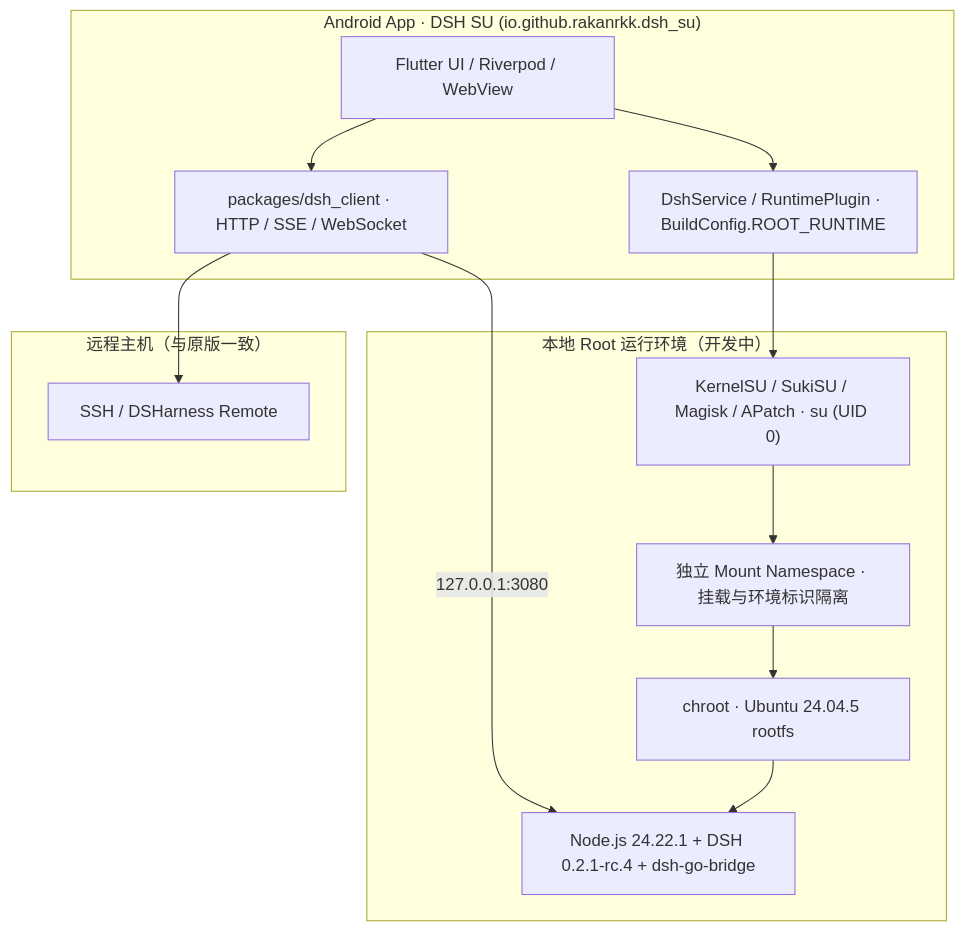
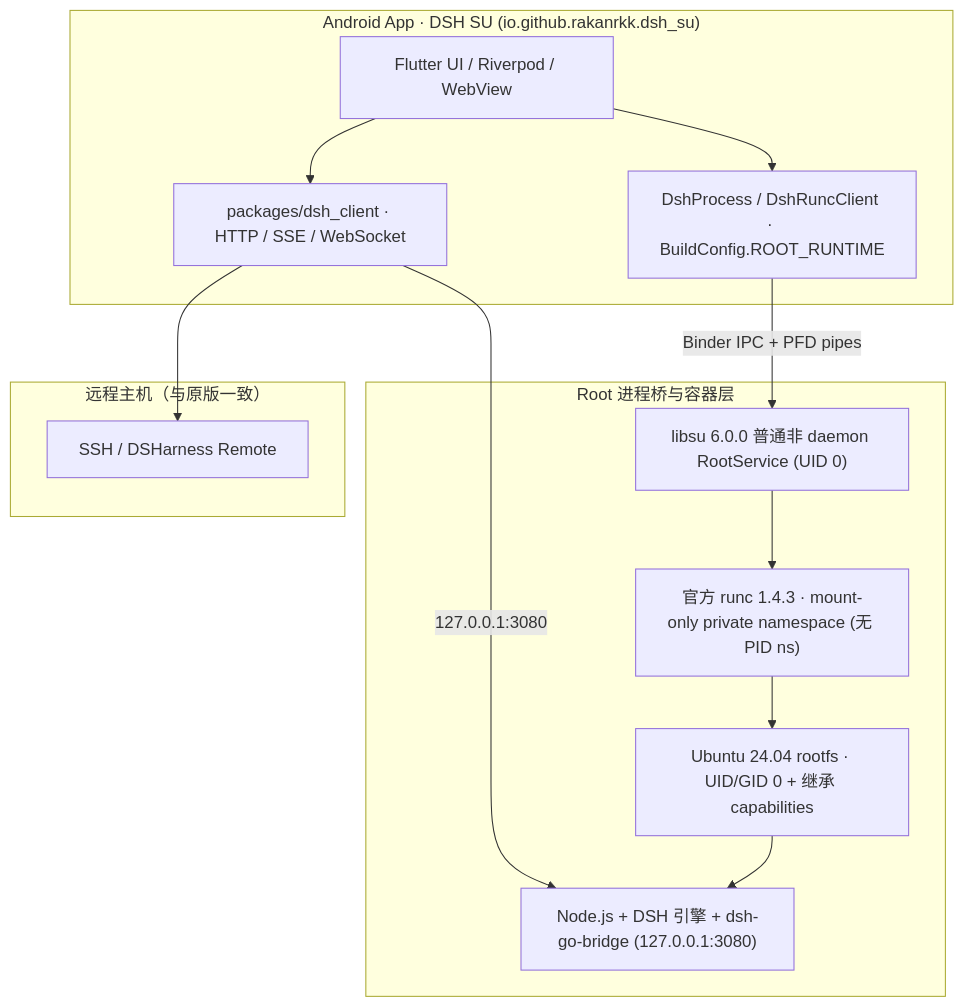
One commit to Rakanrkk/dsh-Su changed the diagram in docs/dsh-su.md. Above: the diagram before and after it, drawn with Mermaid. The commit also changed other lines of this file and 3 other files, not shown here.

````diff
--- a/docs/dsh-su.md
+++ b/docs/dsh-su.md
@@ -15,25 +17,25 @@
 ```mermaid
 flowchart TB
   subgraph App["Android App · DSH SU (io.github.rakanrkk.dsh_su)"]
     UI["Flutter UI / Riverpod / WebView"]
     Client["packages/dsh_client · HTTP / SSE / WebSocket"]
-    Service["DshService / RuntimePlugin · BuildConfig.ROOT_RUNTIME"]
+    Proc["DshProcess / DshRuncClient · BuildConfig.ROOT_RUNTIME"]
   end
 
-  subgraph RootEnv["本地 Root 运行环境（开发中）"]
-    Su["KernelSU / SukiSU / Magisk / APatch · su (UID 0)"]
-    NS["独立 Mount Namespace · 挂载与环境标识隔离"]
-    Chroot["chroot · Ubuntu 24.04.5 rootfs"]
-    Engine["Node.js 24.22.1 + DSH 0.2.1-rc.4 + dsh-go-bridge"]
+  subgraph RootBridge["Root 进程桥与容器层"]
+    Libsu["libsu 6.0.0 普通非 daemon RootService (UID 0)"]
+    Runc["官方 runc 1.4.3 · mount-only private namespace (无 PID ns)"]
+    Rootfs["Ubuntu 24.04 rootfs · UID/GID 0 + 继承 capabilities"]
+    Engine["Node.js + DSH 引擎 + dsh-go-bridge (127.0.0.1:3080)"]
   end
 
   subgraph Remote["远程主机（与原版一致）"]
     SSH["SSH / DSHarness Remote"]
   end
 
   UI --> Client
   Client -->|127.0.0.1:3080| Engine
   Client --> SSH
-  UI --> Service
-  Service --> Su --> NS --> Chroot --> Engine
+  UI --> Proc
+  Proc -->|Binder IPC + PFD pipes| Libsu --> Runc --> Rootfs --> Engine
 ```
````
